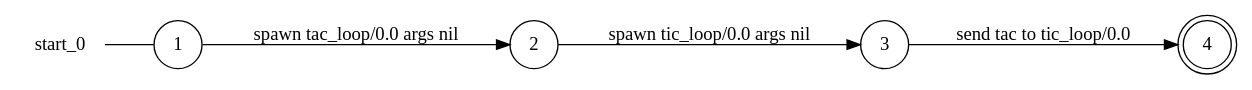
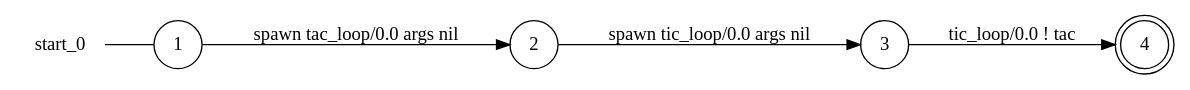
The diagram in examples/ticktackloop/start_0_local_view.dot (gabrielegenovese/chorer), drawn with Graphviz before and after one commit. The commit also changed 56 other files, not shown here.

Commit message:
updated send label format in "proc ! data"

```diff
--- a/examples/ticktackloop/start_0_local_view.dot
+++ b/examples/ticktackloop/start_0_local_view.dot
@@ -1,13 +1,13 @@
 digraph start_0 {
 	rankdir="LR";
 	n_0 [label="start_0", shape="plaintext"];
 	n_1 [id="1", shape=circle, label="1"];
 	n_0 -> n_1 [arrowhead=none];
 	n_2 [id="2", shape=circle, label="3"];
 	n_3 [id="4", shape=circle, label="2"];
 	n_4 [id="3", shape=doublecircle, label="4"];
 
-	n_3 -> n_2 [id="[$e|2]", label="spawn tic_loop/0.0 args nil"];
-	n_2 -> n_4 [id="[$e|0]", label="send tac to tic_loop/0.0"];
-	n_1 -> n_3 [id="[$e|1]", label="spawn tac_loop/0.0 args nil"];
+	n_2 -> n_4 [id="[$e|2]", label="tic_loop/0.0 ! tac"];
+	n_1 -> n_3 [id="[$e|0]", label="spawn tac_loop/0.0 args nil"];
+	n_3 -> n_2 [id="[$e|1]", label="spawn tic_loop/0.0 args nil"];
 }
```
